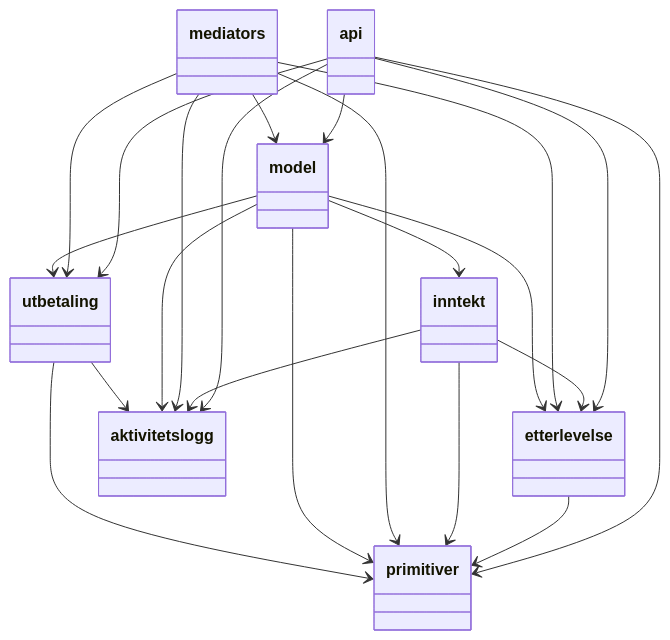
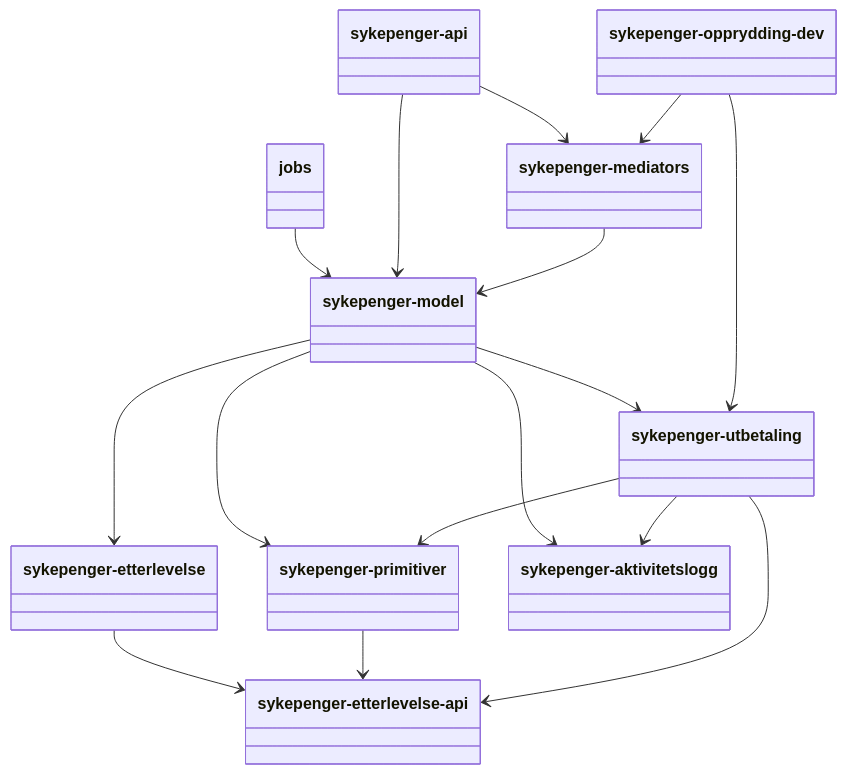
Before and after one commit to navikt/helse-spleis: the diagram in doc/Fase1.md, drawn with Mermaid. The commit also changed 1 other file, not shown here.

Commit message:
Bygg-task for å tegne bokser og piler mellom moduler i spleis. Ikke 110% feature complete.

````diff
--- a/doc/Fase1.md
+++ b/doc/Fase1.md
@@ -1,26 +1,27 @@
 ```mermaid
 classDiagram
 
-    api --> model
-    api --> primitiver
-    api --> etterlevelse
-    api --> utbetaling
-    api --> aktivitetslogg
-    etterlevelse --> primitiver
-    inntekt --> aktivitetslogg
-    inntekt --> primitiver
-    inntekt --> etterlevelse
-    mediators --> model
-    mediators --> utbetaling
-    mediators --> etterlevelse
-    mediators --> primitiver
-    mediators --> aktivitetslogg
-    model --> primitiver
-    model --> utbetaling
-    model --> aktivitetslogg
-    model --> etterlevelse
-    model --> inntekt
-    utbetaling --> primitiver
-    utbetaling --> aktivitetslogg
+    jobs-->sykepenger-model
+
+    sykepenger-api-->sykepenger-model
+    sykepenger-api-->sykepenger-mediators
+
+    sykepenger-etterlevelse-->sykepenger-etterlevelse-api
+
+    sykepenger-mediators-->sykepenger-model
+
+    sykepenger-model-->sykepenger-primitiver
+    sykepenger-model-->sykepenger-utbetaling
+    sykepenger-model-->sykepenger-aktivitetslogg
+    sykepenger-model-->sykepenger-etterlevelse
+
+    sykepenger-opprydding-dev-->sykepenger-utbetaling
+    sykepenger-opprydding-dev-->sykepenger-mediators
+
+    sykepenger-primitiver-->sykepenger-etterlevelse-api
+
+    sykepenger-utbetaling-->sykepenger-etterlevelse-api
+    sykepenger-utbetaling-->sykepenger-primitiver
+    sykepenger-utbetaling-->sykepenger-aktivitetslogg
 
 ```
````
